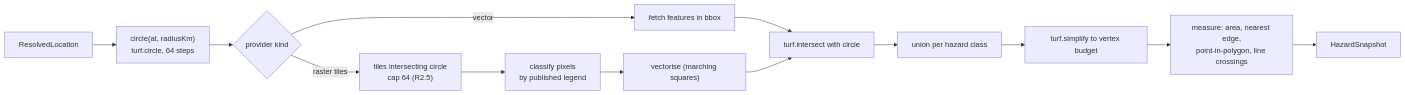
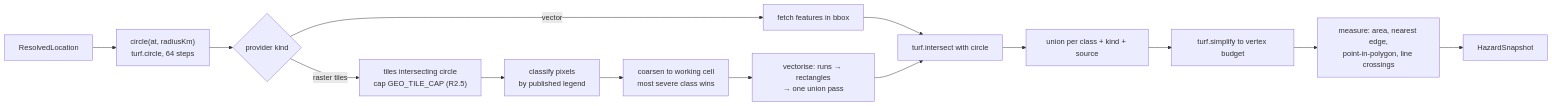
One commit to BectorVoom/webmcp-playground changed the second of 2 diagrams in docs/specs/disaster-safety/design.md. Above: the diagram before and after it, drawn with Mermaid. The commit also changed other lines of this file and 286 other files, not shown here.

````diff
--- a/docs/specs/disaster-safety/design.md
+++ b/docs/specs/disaster-safety/design.md
@@ -384,15 +447,16 @@
 ```mermaid
 flowchart LR
     loc["ResolvedLocation"] --> circ["circle(at, radiusKm)<br/>turf.circle, 64 steps"]
     circ --> q{"provider kind"}
     q -->|vector| fetchv["fetch features in bbox"]
-    q -->|raster tiles| tilesel["tiles intersecting circle<br/>cap 64 (R2.5)"]
+    q -->|raster tiles| tilesel["tiles intersecting circle<br/>cap GEO_TILE_CAP (R2.5)"]
     tilesel --> classify["classify pixels<br/>by published legend"]
-    classify --> contour["vectorise (marching squares)"]
+    classify --> coarsen["coarsen to working cell<br/>most severe class wins"]
+    coarsen --> contour["vectorise: runs → rectangles<br/>→ one union pass"]
     fetchv --> clip
     contour --> clip["turf.intersect with circle"]
-    clip --> merge["union per hazard class"]
+    clip --> merge["union per class + kind + source"]
     merge --> simp["turf.simplify to vertex budget"]
     simp --> stats["measure: area, nearest edge,<br/>point-in-polygon, line crossings"]
     stats --> out["HazardSnapshot"]
 ```
````
